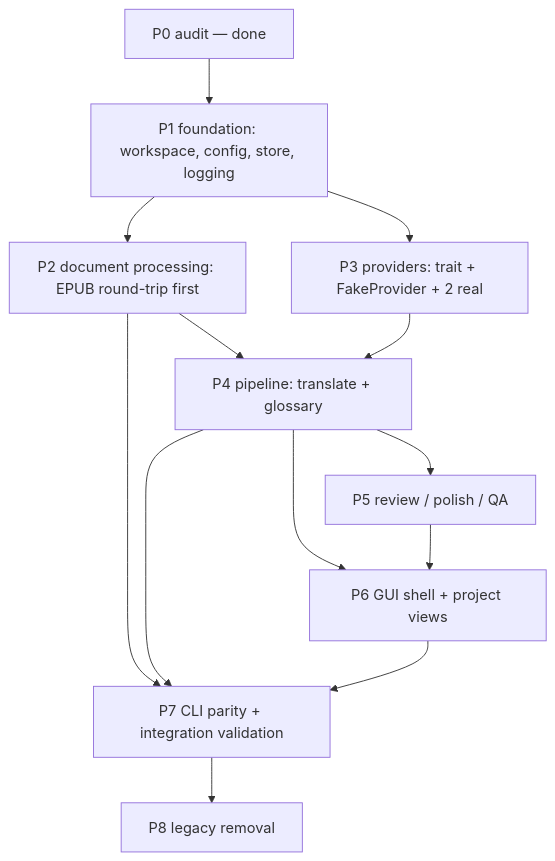
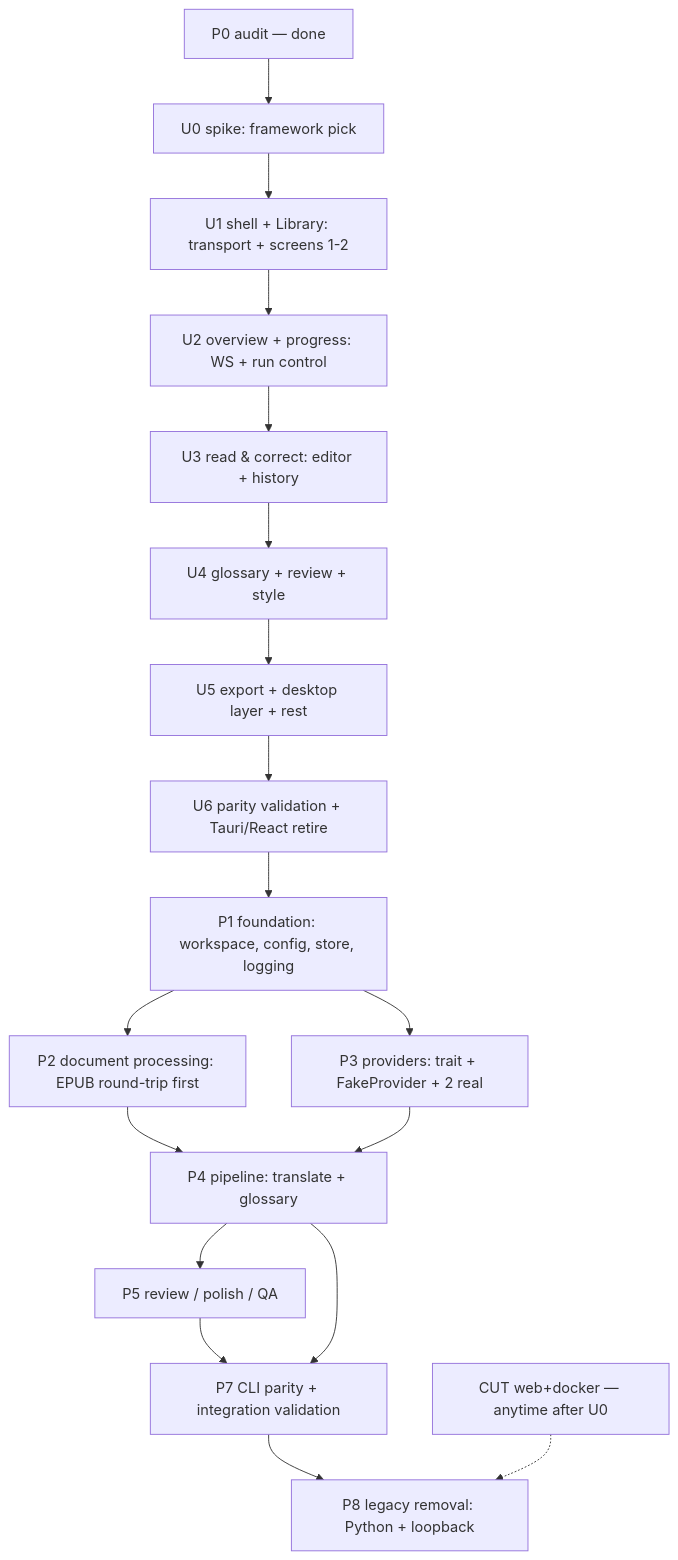
Before and after one commit to Malte-Dzierzon/wenyi: the diagram in docs-next/15-migration-roadmap.md, drawn with Mermaid. The commit also changed other lines of this file and 18 other files, not shown here.

````diff
--- a/docs-next/15-migration-roadmap.md
+++ b/docs-next/15-migration-roadmap.md
@@ -7,15 +7,20 @@
 ```mermaid
 graph TD
-    P0[P0 audit — done] --> P1[P1 foundation: workspace, config, store, logging]
+    P0[P0 audit — done] --> U0[U0 spike: framework pick]
+    U0 --> U1[U1 shell + Library: transport + screens 1-2]
+    U1 --> U2[U2 overview + progress: WS + run control]
+    U2 --> U3[U3 read & correct: editor + history]
+    U3 --> U4[U4 glossary + review + style]
+    U4 --> U5[U5 export + desktop layer + rest]
+    U5 --> U6[U6 parity validation + Tauri/React retire]
+    U6 --> P1[P1 foundation: workspace, config, store, logging]
     P1 --> P2[P2 document processing: EPUB round-trip first]
     P1 --> P3[P3 providers: trait + FakeProvider + 2 real]
     P2 --> P4[P4 pipeline: translate + glossary]
     P3 --> P4
     P4 --> P5[P5 review / polish / QA]
-    P4 --> P6[P6 GUI shell + project views]
-    P5 --> P6
-    P2 --> P7[P7 CLI parity + integration validation]
+    P5 --> P7[P7 CLI parity + integration validation]
     P4 --> P7
-    P6 --> P7
-    P7 --> P8[P8 legacy removal]
+    P7 --> P8[P8 legacy removal: Python + loopback]
+    CUT[CUT web+docker — anytime after U0] -.-> P8
 ```
````
